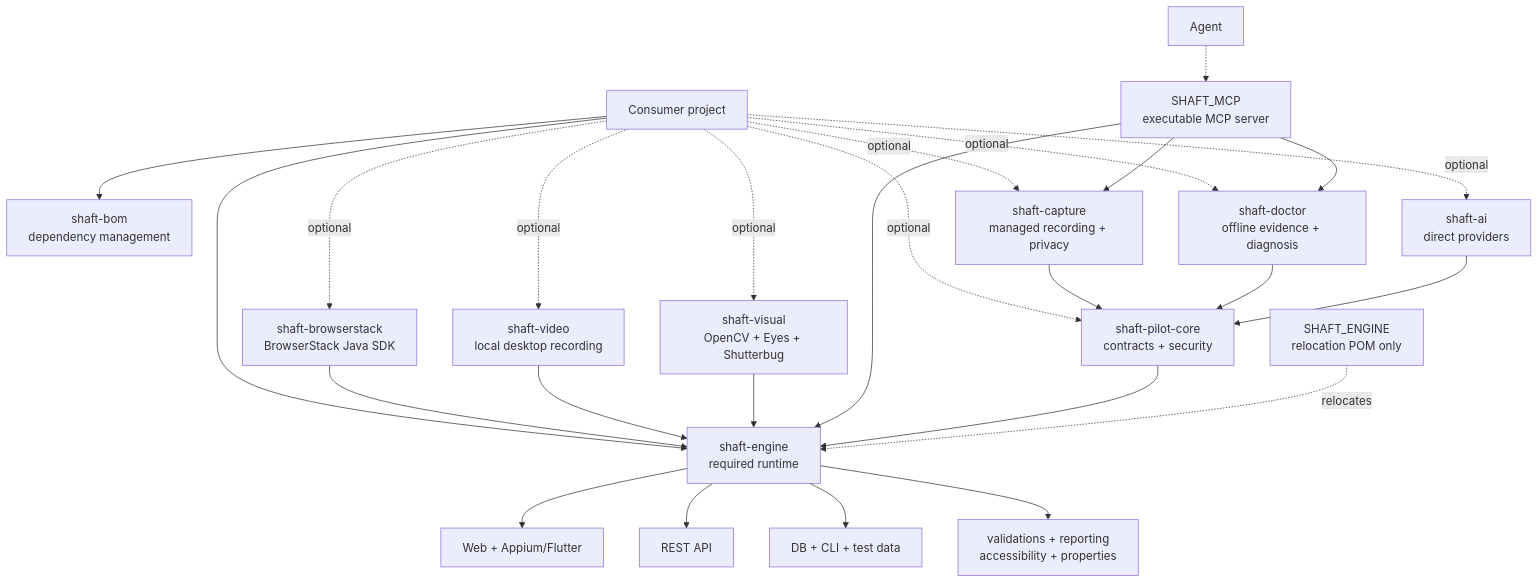
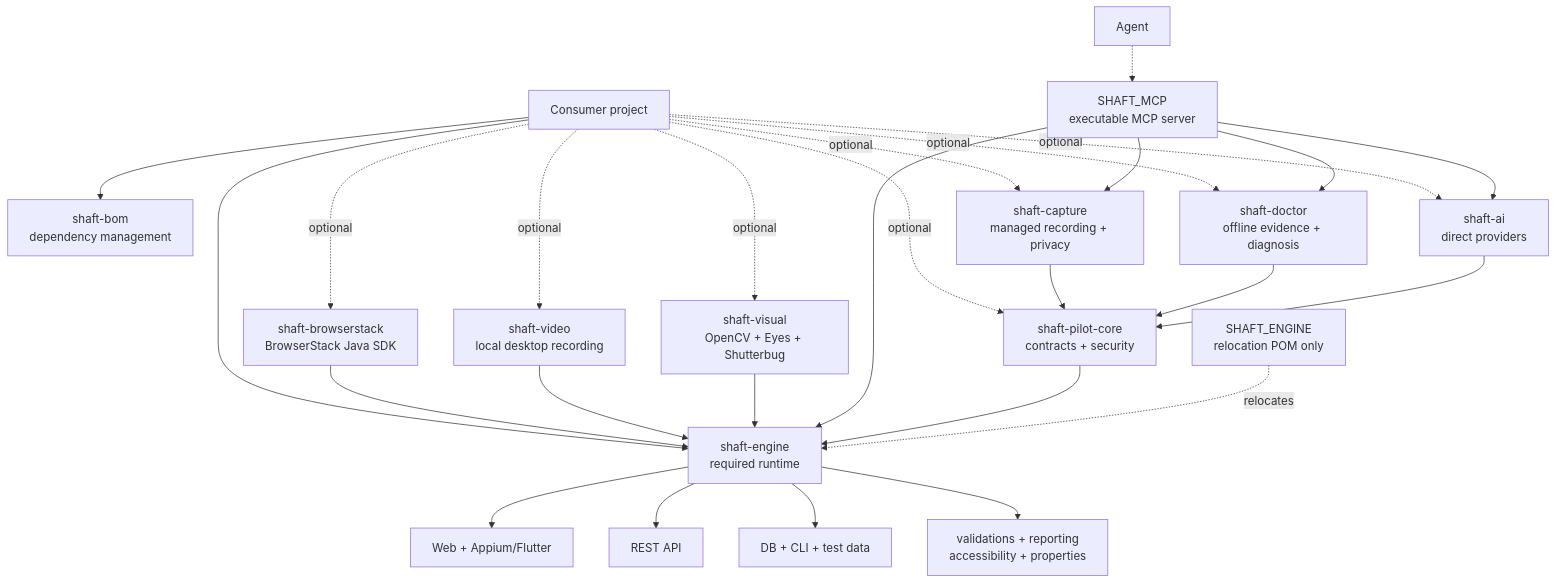
One commit to ShaftHQ/SHAFT_ENGINE changed the first of 2 diagrams in docs/ARCHITECTURE.md. Above: the diagram before and after it, drawn with Mermaid. The commit also changed other lines of this file and 28 other files, not shown here.

````diff
--- a/docs/ARCHITECTURE.md
+++ b/docs/ARCHITECTURE.md
@@ -13,31 +13,32 @@
 ```mermaid
 flowchart TB
     Consumer["Consumer project"] --> BOM["shaft-bom<br/>dependency management"]
     Consumer --> Engine["shaft-engine<br/>required runtime"]
     Consumer -.->|optional| PilotCore["shaft-pilot-core<br/>contracts + security"]
     Consumer -.->|optional| Capture["shaft-capture<br/>managed recording + privacy"]
     Consumer -.->|optional| Doctor["shaft-doctor<br/>offline evidence + diagnosis"]
     Consumer -.->|optional| AI["shaft-ai<br/>direct providers"]
     Consumer -.->|optional| BrowserStack["shaft-browserstack<br/>BrowserStack Java SDK"]
     Consumer -.->|optional| Video["shaft-video<br/>local desktop recording"]
     Consumer -.->|optional| Visual["shaft-visual<br/>OpenCV + Eyes + Shutterbug"]
     Agent -.-> MCP["SHAFT_MCP<br/>executable MCP server"]
 
     BrowserStack --> Engine
     Video --> Engine
     Visual --> Engine
     MCP --> Engine
     MCP --> Capture
     MCP --> Doctor
+    MCP --> AI
     PilotCore --> Engine
     Capture --> PilotCore
     Doctor --> PilotCore
     AI --> PilotCore
 
     Legacy["SHAFT_ENGINE<br/>relocation POM only"] -.->|relocates| Engine
 
     Engine --> GUI["Web + Appium/Flutter"]
     Engine --> API["REST API"]
     Engine --> Data["DB + CLI + test data"]
     Engine --> Support["validations + reporting<br/>accessibility + properties"]
 ```
````
